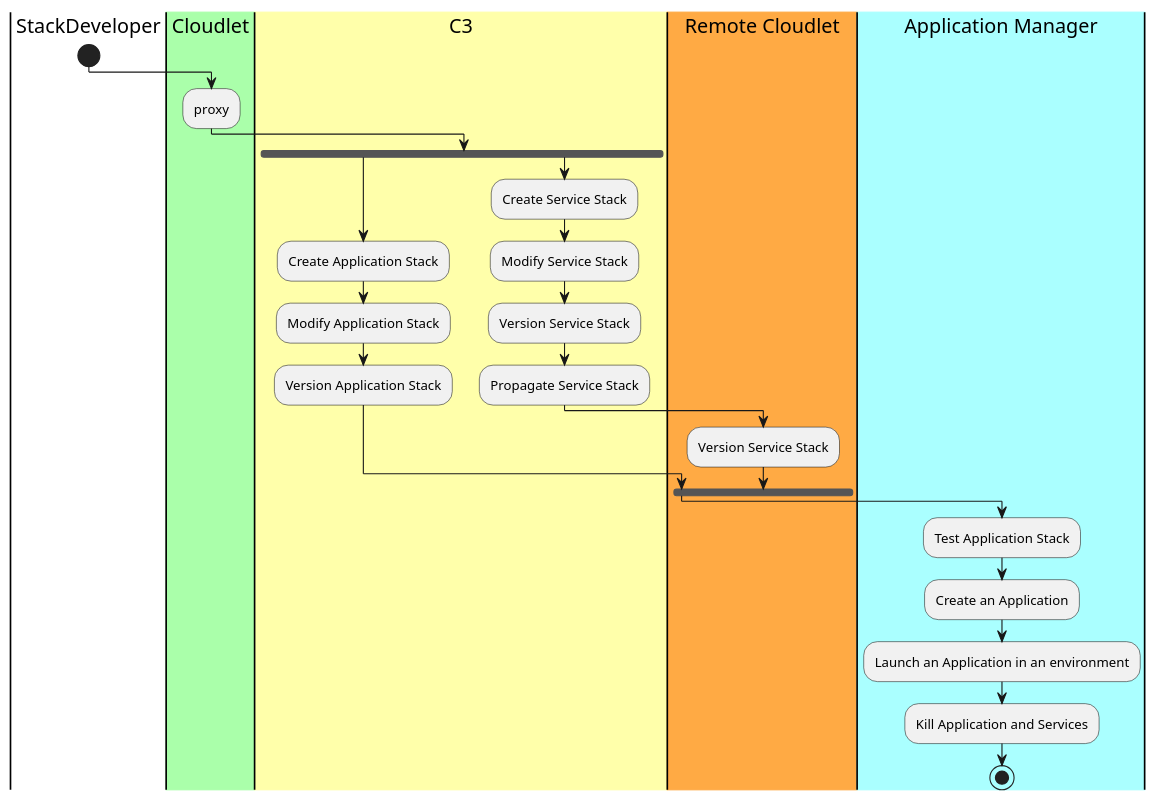
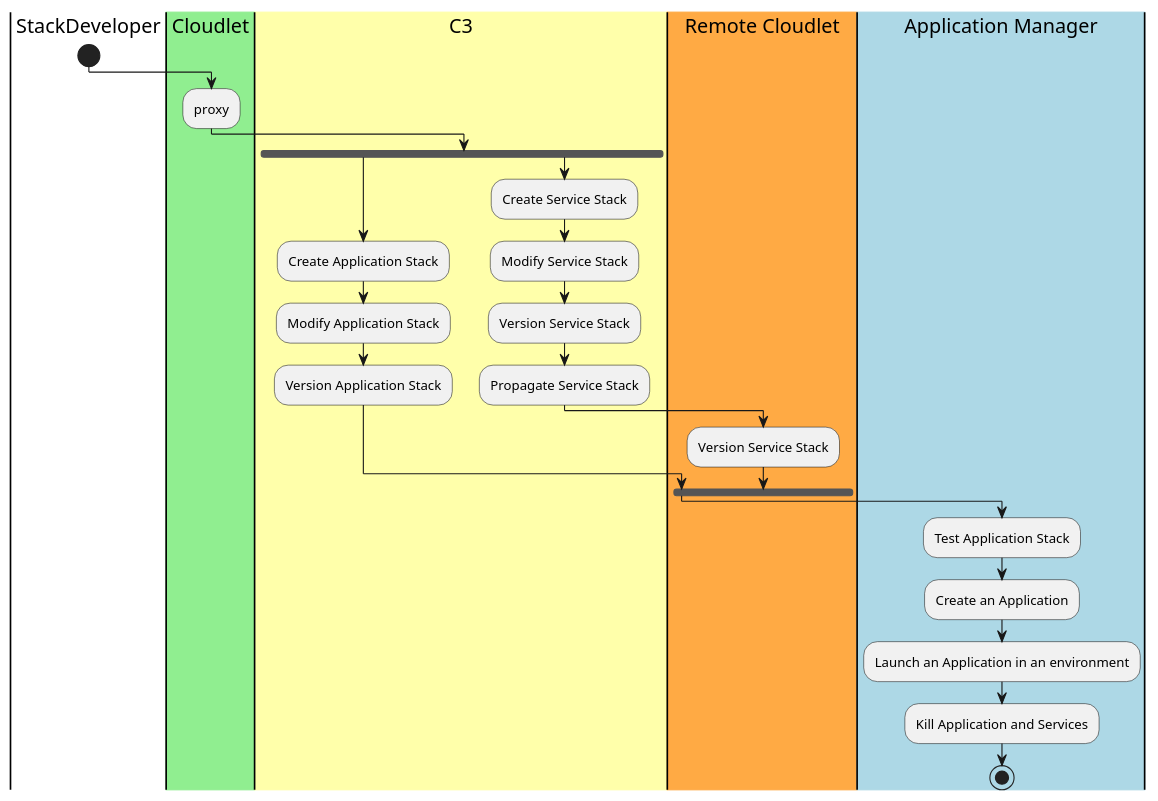
Before and after one commit to CAADE/CloudLet: the diagram in docs/Actors/Stack-Developer/Workflow.puml, drawn with PlantUML. The commit also changed 74 other files, not shown here.

```diff
--- a/docs/Actors/Stack-Developer/Workflow.puml
+++ b/docs/Actors/Stack-Developer/Workflow.puml
@@ -1,25 +1,25 @@
 @startuml
 |StackDeveloper|
 start
-|#aaffaa|Cloudlet|
+|#lightgreen|Cloudlet|
 :proxy;
 |#ffffaa|C3|
 fork
 :Create Application Stack;
 :Modify Application Stack;
 :Version Application Stack;
 fork again
 :Create Service Stack;
 :Modify Service Stack;
 :Version Service Stack;
 :Propagate Service Stack;
 |#ffaa44|Remote Cloudlet|
 :Version Service Stack;
 fork end
-|#aaffff|Application Manager|
+|#lightblue|Application Manager|
 :Test Application Stack;
 :Create an Application;
 :Launch an Application in an environment;
 :Kill Application and Services;
 stop
 @enduml
```
